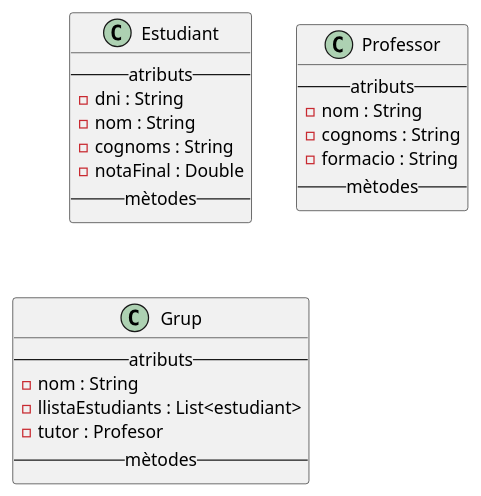
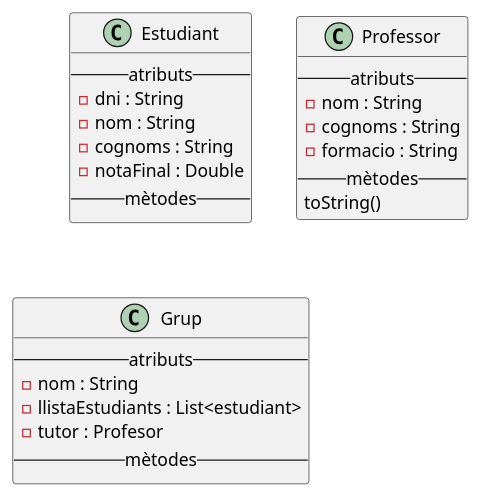
One commit to noagomezgarcia/tareas changed the diagram in src/Escola.puml. Above: the diagram before and after it, drawn with PlantUML. The commit also changed 1 other file, not shown here.

```diff
--- a/src/Escola.puml
+++ b/src/Escola.puml
@@ -1,29 +1,30 @@
 @startuml
 'https://plantuml.com/class-diagram
 
 class Estudiant {
 --atributs--
 -dni : String
 -nom : String
 -cognoms : String
 -notaFinal : Double
 --mètodes--
 }
 
 class Professor {
 --atributs--
 -nom : String
 -cognoms : String
 -formacio : String
 --mètodes--
+toString()
 }
 
 class Grup {
 --atributs--
 -nom : String
 -llistaEstudiants : List<estudiant>
 -tutor : Profesor
 --mètodes--
 }
 
 @enduml
```
